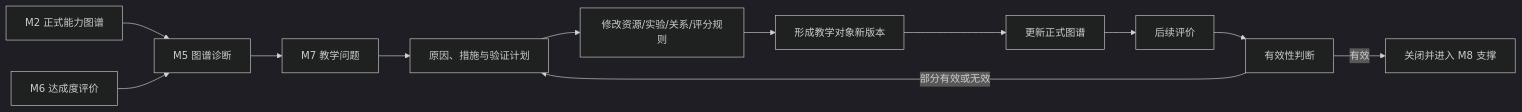
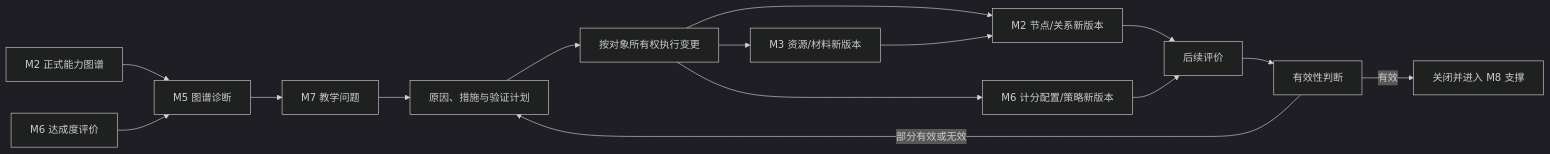
The second of 2 diagrams in docs/product/end-to-end-closed-loop.md (Hoshino-wind/engineering-accreditation-agent), drawn with Mermaid (dark theme) before and after one commit. The commit also changed other lines of this file and 356 other files, not shown here.

````diff
--- a/docs/product/end-to-end-closed-loop.md
+++ b/docs/product/end-to-end-closed-loop.md
@@ -48,14 +52,17 @@
 ```mermaid
 flowchart LR
     G["M2 正式能力图谱"] --> D["M5 图谱诊断"]
     E["M6 达成度评价"] --> D
     D --> I["M7 教学问题"]
     I --> P["原因、措施与验证计划"]
-    P --> C["修改资源/实验/关系/评分规则"]
-    C --> N["形成教学对象新版本"]
-    N --> G2["更新正式图谱"]
+    P --> C["按对象所有权执行变更"]
+    C --> R2["M3 资源/材料新版本"]
+    C --> G2["M2 节点/关系新版本"]
+    C --> P2["M6 计分配置/策略新版本"]
+    R2 --> G2
     G2 --> E2["后续评价"]
+    P2 --> E2
     E2 --> Q["有效性判断"]
     Q -->|有效| O["关闭并进入 M8 支撑"]
     Q -->|部分有效或无效| P
 ```
````
